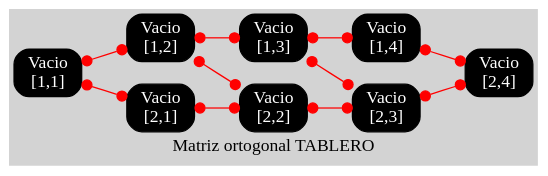
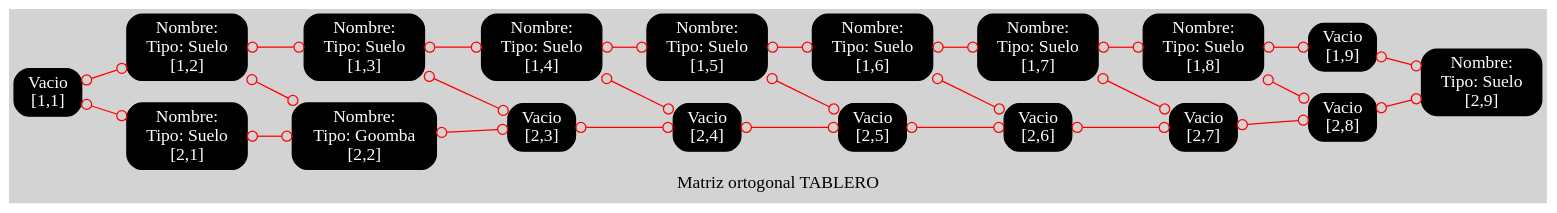
One commit to adrianburgos/Practica1s22015_201114683 changed the diagram in MarioMaker/src/estructuras/grafo1.dot. Above: the diagram before and after it, drawn with Graphviz. The commit also changed 7 other files, not shown here.

```diff
--- a/MarioMaker/src/estructuras/grafo1.dot
+++ b/MarioMaker/src/estructuras/grafo1.dot
@@ -1,37 +1,82 @@
 digraph G
 {
 node [shape = box, style = "rounded, filled", color = black, fontcolor = white];
 style = filled;
 bgcolor = lightgray;
 orientatio = landscape;
 rankdir = LR;
 center = true;
-edge [arrowhead = dot, arrowtail = dot, color = red, dir = both];
+edge [arrowhead = odot, arrowtail = odot, color = red, dir = both];
 label = " Matriz ortogonal TABLERO ";
 nodo11[label = "Vacio
  [1,1]"];
-nodo12[label = "Vacio
+nodo12[label = "Nombre: 
+Tipo: Suelo
  [1,2]"];
-nodo13[label = "Vacio
+nodo13[label = "Nombre: 
+Tipo: Suelo
  [1,3]"];
-nodo14[label = "Vacio
+nodo14[label = "Nombre: 
+Tipo: Suelo
  [1,4]"];
-nodo21[label = "Vacio
+nodo15[label = "Nombre: 
+Tipo: Suelo
+ [1,5]"];
+nodo16[label = "Nombre: 
+Tipo: Suelo
+ [1,6]"];
+nodo17[label = "Nombre: 
+Tipo: Suelo
+ [1,7]"];
+nodo18[label = "Nombre: 
+Tipo: Suelo
+ [1,8]"];
+nodo19[label = "Vacio
+ [1,9]"];
+nodo21[label = "Nombre: 
+Tipo: Suelo
  [2,1]"];
-nodo22[label = "Vacio
+nodo22[label = "Nombre: 
+Tipo: Goomba
  [2,2]"];
 nodo23[label = "Vacio
  [2,3]"];
 nodo24[label = "Vacio
  [2,4]"];
+nodo25[label = "Vacio
+ [2,5]"];
+nodo26[label = "Vacio
+ [2,6]"];
+nodo27[label = "Vacio
+ [2,7]"];
+nodo28[label = "Vacio
+ [2,8]"];
+nodo29[label = "Nombre: 
+Tipo: Suelo
+ [2,9]"];
 nodo11 -> nodo21;
 nodo11 -> nodo12;
 nodo12 -> nodo22;
 nodo12 -> nodo13;
 nodo13 -> nodo23;
 nodo13 -> nodo14;
 nodo14 -> nodo24;
+nodo14 -> nodo15;
+nodo15 -> nodo25;
+nodo15 -> nodo16;
+nodo16 -> nodo26;
+nodo16 -> nodo17;
+nodo17 -> nodo27;
+nodo17 -> nodo18;
+nodo18 -> nodo28;
+nodo18 -> nodo19;
+nodo19 -> nodo29;
 nodo21 -> nodo22;
 nodo22 -> nodo23;
 nodo23 -> nodo24;
+nodo24 -> nodo25;
+nodo25 -> nodo26;
+nodo26 -> nodo27;
+nodo27 -> nodo28;
+nodo28 -> nodo29;
 }
```
